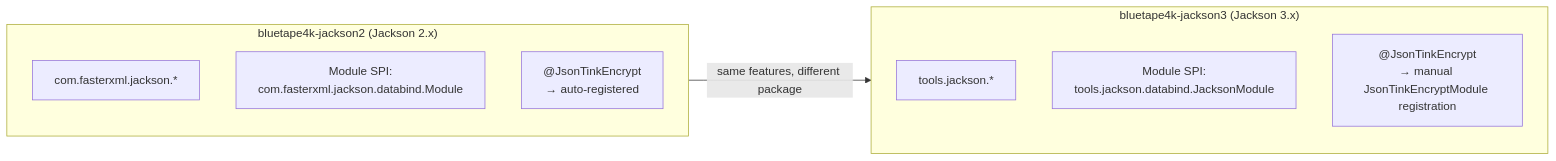
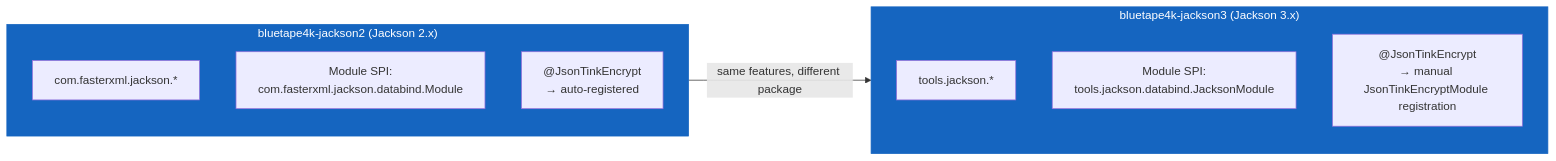
The first of 3 diagrams in io/jackson3/README.md (bluetape4k/bluetape4k-projects), drawn with Mermaid before and after one commit. The commit also changed other lines of this file and 221 other files, not shown here.

First line of the commit message:
docs: 전체 모듈 README UML 다이어그램 보강 및 색상 업그레이드

````diff
--- a/io/jackson3/README.md
+++ b/io/jackson3/README.md
@@ -303,16 +303,21 @@
 ```mermaid
 flowchart LR
     subgraph JK2["bluetape4k-jackson2 (Jackson 2.x)"]
         M2[com.fasterxml.jackson.*]
         MOD2[Module SPI:<br/>com.fasterxml.jackson.databind.Module]
         TK2["@JsonTinkEncrypt<br/>→ auto-registered"]
     end
 
     subgraph JK3["bluetape4k-jackson3 (Jackson 3.x)"]
         M3[tools.jackson.*]
         MOD3[Module SPI:<br/>tools.jackson.databind.JacksonModule]
         TK3["@JsonTinkEncrypt<br/>→ manual JsonTinkEncryptModule registration"]
     end
 
     JK2 -->|same features, different package| JK3
+
+    classDef serviceStyle fill:#1565C0,stroke:#1565C0,color:#FFFFFF
+    classDef extStyle fill:#37474F,stroke:#37474F,color:#FFFFFF
+    class JK2 serviceStyle
+    class JK3 serviceStyle
 ```
````
